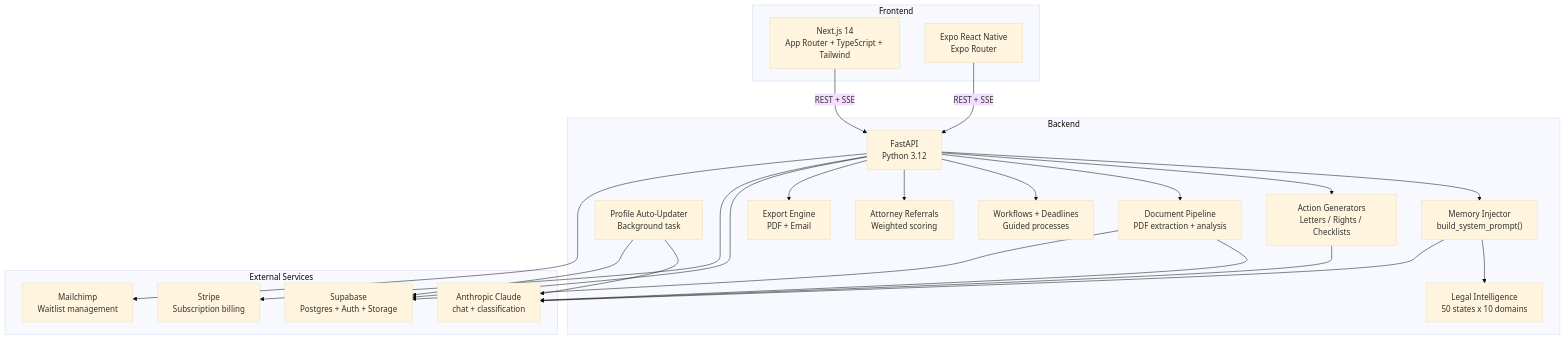
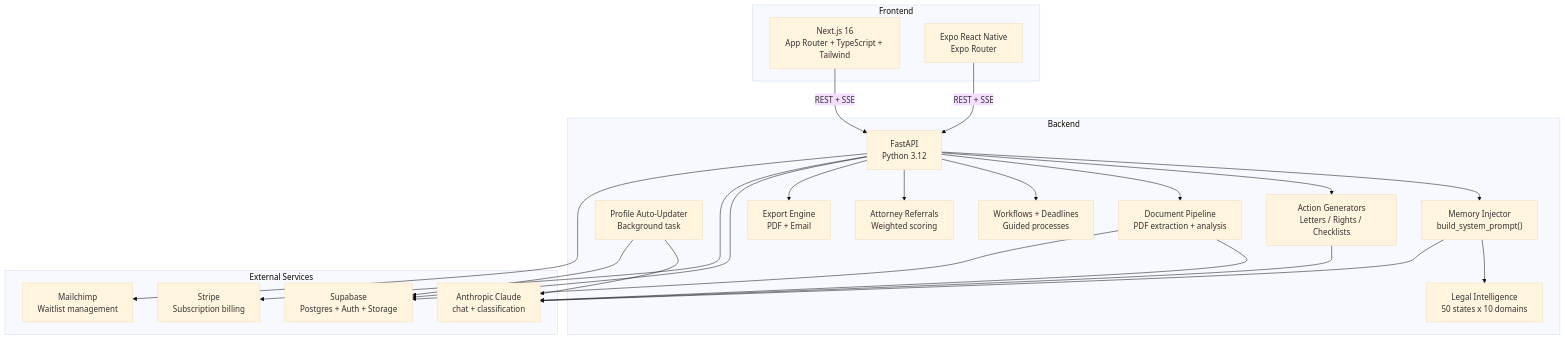
The second of 2 diagrams in README.md (tylerm2407/Legalassistant), drawn with Mermaid (base theme) before and after one commit. The commit also changed other lines of this file and 15 other files, not shown here.

````diff
--- a/README.md
+++ b/README.md
@@ -86,45 +86,45 @@
 ```mermaid
 graph TB
     subgraph "Frontend"
-        WEB["Next.js 14\nApp Router + TypeScript + Tailwind"]
+        WEB["Next.js 16\nApp Router + TypeScript + Tailwind"]
         MOBILE["Expo React Native\nExpo Router"]
     end
 
     subgraph "Backend"
         API["FastAPI\nPython 3.12"]
         MEM["Memory Injector\nbuild_system_prompt()"]
         UPD["Profile Auto-Updater\nBackground task"]
         LEG["Legal Intelligence\n50 states x 10 domains"]
         ACT["Action Generators\nLetters / Rights / Checklists"]
         DOC["Document Pipeline\nPDF extraction + analysis"]
         WF["Workflows + Deadlines\nGuided processes"]
         REF["Attorney Referrals\nWeighted scoring"]
         EXP["Export Engine\nPDF + Email"]
     end
 
     subgraph "External Services"
         CLAUDE["Anthropic Claude\nchat + classification"]
         SUPA["Supabase\nPostgres + Auth + Storage"]
         STRIPE["Stripe\nSubscription billing"]
         MC["Mailchimp\nWaitlist management"]
     end
 
     WEB -->|"REST + SSE"| API
     MOBILE -->|"REST + SSE"| API
     API --> MEM
     API --> ACT
     API --> DOC
     API --> WF
     API --> REF
     API --> EXP
     MEM --> LEG
     MEM --> CLAUDE
     UPD --> CLAUDE
     DOC --> CLAUDE
     ACT --> CLAUDE
     API --> SUPA
     UPD --> SUPA
     DOC --> SUPA
     API --> STRIPE
     API --> MC
 ```
````
